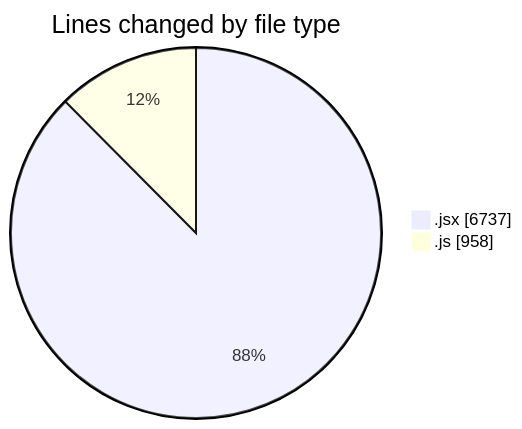
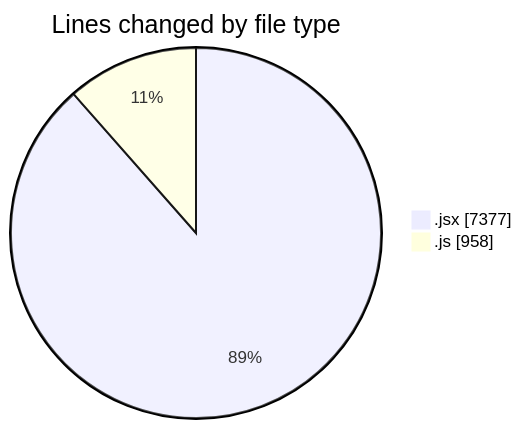
Before and after one commit to nxtqubesakshisongat/code-tracking: the first of 2 diagrams in 2026-01-20/nxtqube_webapp/README.md, drawn with Mermaid. The commit also changed other lines of this file and 1 other file, not shown here.

````diff
--- a/2026-01-20/nxtqube_webapp/README.md
+++ b/2026-01-20/nxtqube_webapp/README.md
@@ -24,6 +24,6 @@
 ```mermaid
 pie showData
 title Lines changed by file type
-".jsx" : 6737
+".jsx" : 7377
 ".js" : 958
 ```
````
